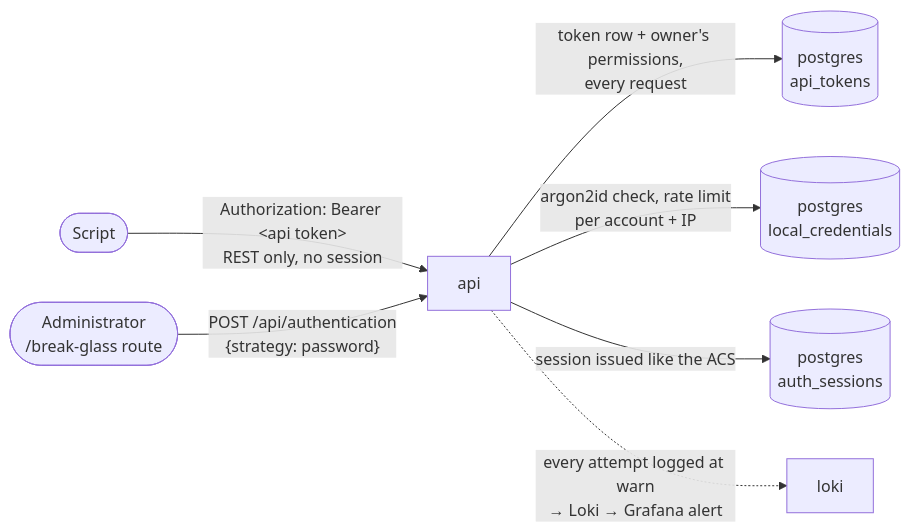
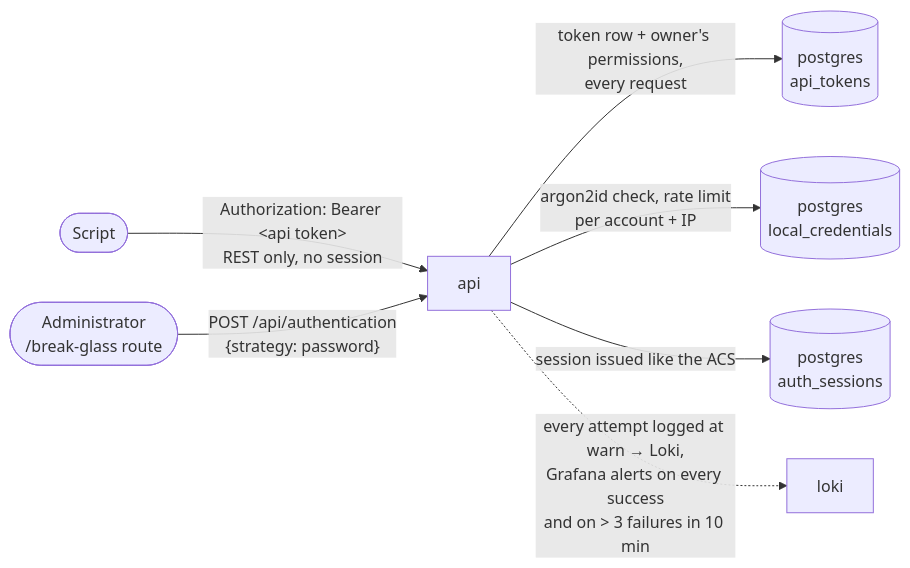
The fourth of 4 diagrams in docs/adr_v2/diagrams/authentication.md (rabalyn/feathers-skeleton-stack), drawn with Mermaid before and after one commit. The commit also changed other lines of this file and 9 other files, not shown here.

First line of the commit message:
docs(diagrams): match the pages to the ADRs and the code

````diff
--- a/docs/adr_v2/diagrams/authentication.md
+++ b/docs/adr_v2/diagrams/authentication.md
@@ -111,10 +111,10 @@
 ```mermaid
 flowchart LR
   script(["Script"]) -->|"Authorization: Bearer &lt;api token&gt;<br>REST only, no session"| api
   admin(["Administrator<br>/break-glass route"]) -->|"POST /api/authentication<br>{strategy: password}"| api
 
   api -->|"token row + owner's permissions,<br>every request"| pg[("postgres<br>api_tokens")]
   api -->|"argon2id check, rate limit<br>per account + IP"| lc[("postgres<br>local_credentials")]
   api -->|"session issued like the ACS"| sess[("postgres<br>auth_sessions")]
-  api -. "every attempt logged at warn<br>→ Loki → Grafana alert" .-> loki["loki"]
+  api -. "every attempt logged at warn → Loki,<br>Grafana alerts on every success<br>and on > 3 failures in 10 min" .-> loki["loki"]
 ```
````
